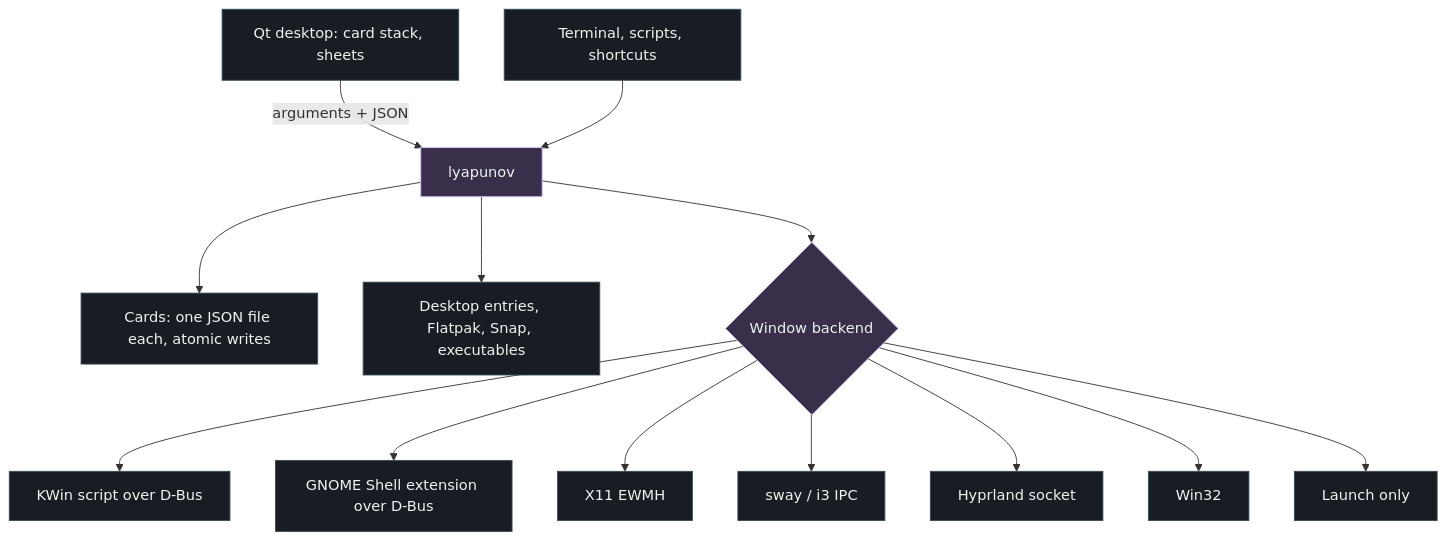
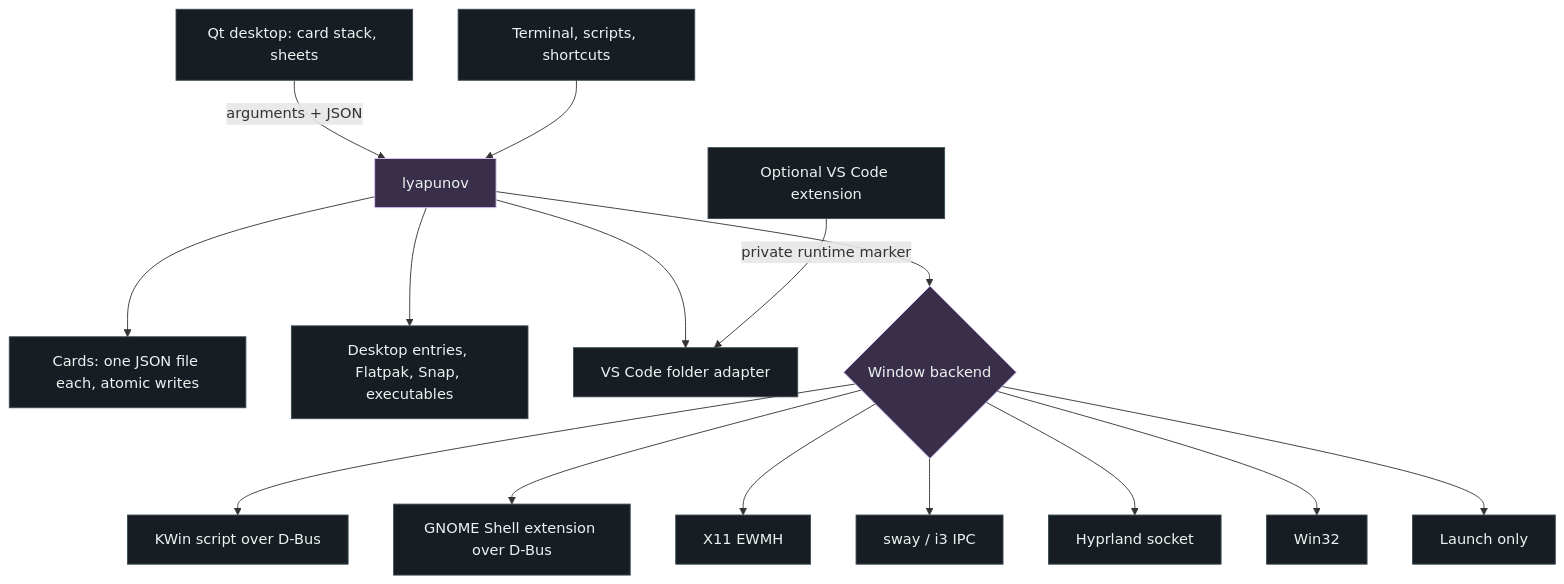
The diagram in docs/ARCHITECTURE.md (Chaos-Tic/Lyapunov), drawn with Mermaid before and after one commit. The commit also changed other lines of this file and 22 other files, not shown here.

````diff
--- a/docs/ARCHITECTURE.md
+++ b/docs/ARCHITECTURE.md
@@ -10,19 +10,21 @@
 ```mermaid
 flowchart TD
     UI[Qt desktop: card stack, sheets] -->|arguments + JSON| CLI[lyapunov]
     Shell[Terminal, scripts, shortcuts] --> CLI
     CLI --> Store[Cards: one JSON file each, atomic writes]
     CLI --> Apps[Desktop entries, Flatpak, Snap, executables]
+    CLI --> VSCode[VS Code folder adapter]
+    Extension[Optional VS Code extension] -->|private runtime marker| VSCode
     CLI --> Backend{Window backend}
     Backend --> KWin[KWin script over D-Bus]
     Backend --> Gnome[GNOME Shell extension over D-Bus]
     Backend --> X11[X11 EWMH]
     Backend --> I3[sway / i3 IPC]
     Backend --> Hypr[Hyprland socket]
     Backend --> Win[Win32]
     Backend --> None[Launch only]
     classDef base fill:#171d23,stroke:#3b4c54,color:#edf3f1
     classDef accent fill:#3a2f4a,stroke:#d8c3fa,color:#edf3f1
-    class UI,Shell,Store,Apps,KWin,Gnome,X11,I3,Hypr,Win,None base
+    class UI,Shell,Store,Apps,Extension,VSCode,KWin,Gnome,X11,I3,Hypr,Win,None base
     class CLI,Backend accent
 ```
````
